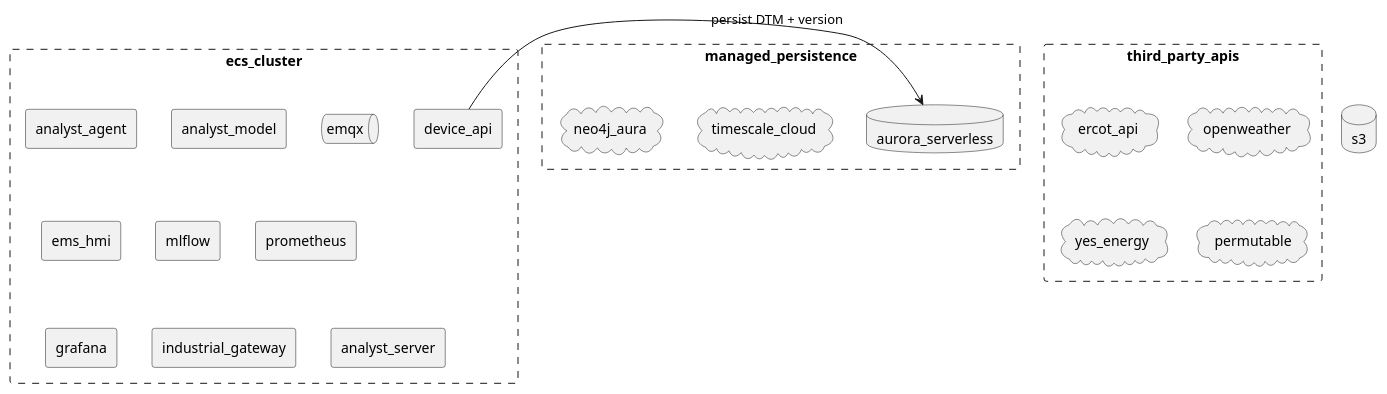
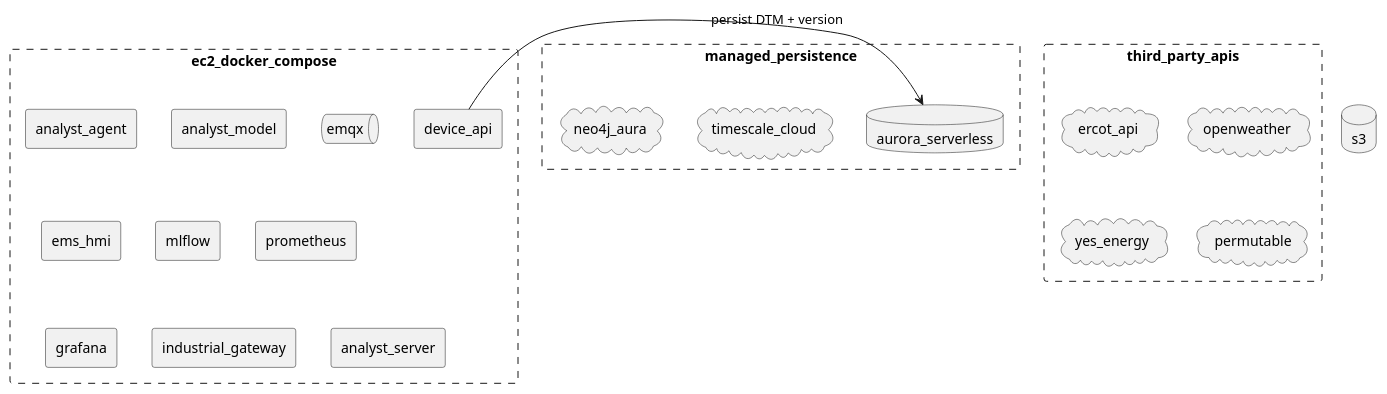
The third of 5 diagrams in readme.md (arcnode-io/ems), drawn with PlantUML before and after one commit. The commit also changed 1 other file, not shown here.

Commit message:
📝 docs: finish ECS → EC2 sweep (cloud diagram + day-1 boot spec)
Previous commit fixed ADR-003 prose but missed:
- readme cloud diagram rectangle ecs_cluster → ec2_docker_compose
- day-1 boot design spec: 5 ECS references → EC2 / Docker restart policy

Historical rejected-alternatives prose in ADR-003 §2/§file-mount-rejection
preserved (correctly describes the path NOT taken).

UML validated: all 5 plantuml blocks pass -checkonly.

````diff
--- a/readme.md
+++ b/readme.md
@@ -118,32 +118,32 @@
 ```plantuml
-rectangle ecs_cluster #line.dashed {
+rectangle ec2_docker_compose #line.dashed {
     rectangle analyst_agent
     rectangle analyst_model
     rectangle device_api
     queue emqx
     rectangle ems_hmi
     rectangle mlflow
     rectangle prometheus
     rectangle grafana
     rectangle industrial_gateway
     rectangle analyst_server
 }
 
 database s3
 
 rectangle managed_persistence #line.dashed {
     cloud timescale_cloud
     database aurora_serverless
     cloud neo4j_aura
 }
 
 rectangle third_party_apis #line.dashed {
     cloud ercot_api
     cloud openweather
     cloud yes_energy
     cloud permutable
 }
 
 device_api -> aurora_serverless: persist DTM + version
 
 ```
````
